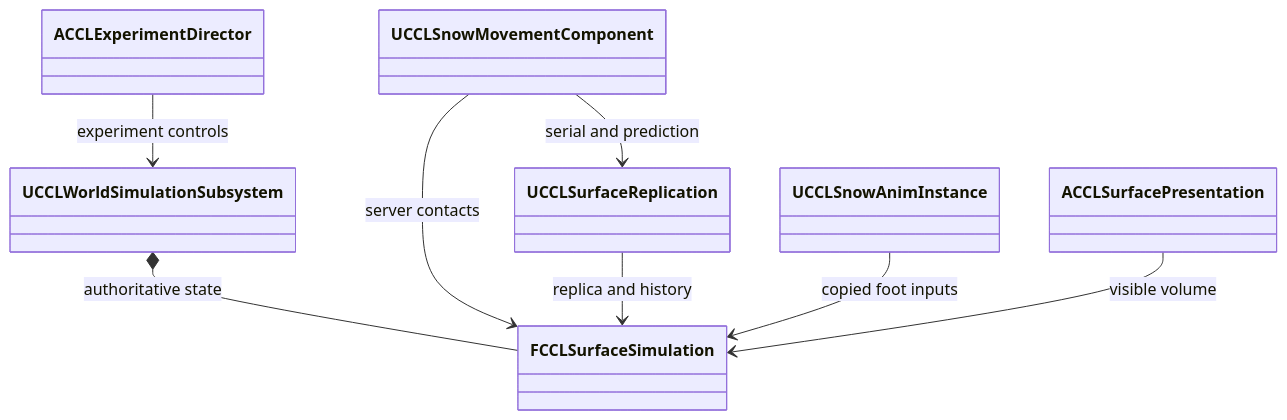
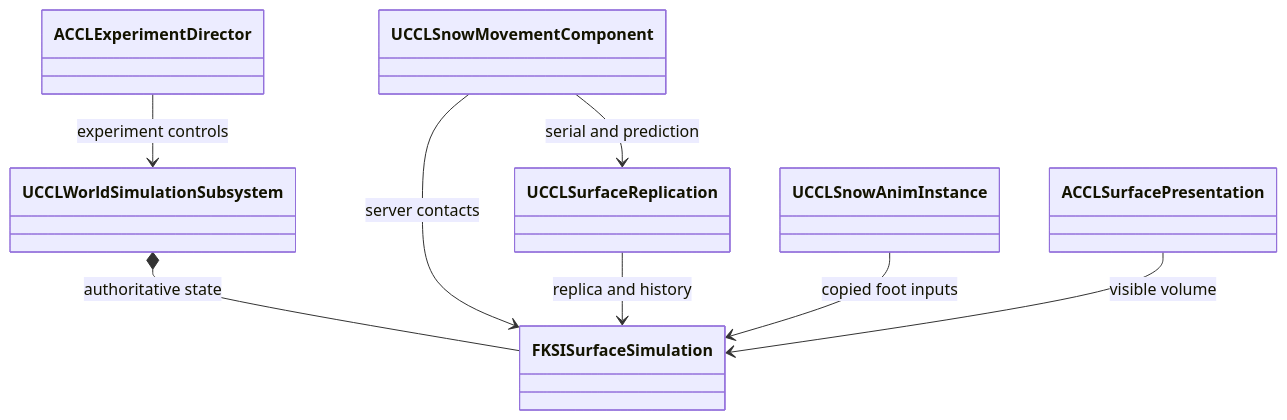
One commit to kang-sihwon/ccl8 changed the diagram in Docs/EnvironmentSnow.md. Above: the diagram before and after it, drawn with Mermaid. The commit also changed other lines of this file and 5 other files, not shown here.

````diff
--- a/Docs/EnvironmentSnow.md
+++ b/Docs/EnvironmentSnow.md
@@ -18,10 +18,10 @@
 ```mermaid
 classDiagram
-    UCCLWorldSimulationSubsystem *-- FCCLSurfaceSimulation : authoritative state
-    UCCLSnowMovementComponent --> FCCLSurfaceSimulation : server contacts
+    UCCLWorldSimulationSubsystem *-- FKSISurfaceSimulation : authoritative state
+    UCCLSnowMovementComponent --> FKSISurfaceSimulation : server contacts
     UCCLSnowMovementComponent --> UCCLSurfaceReplication : serial and prediction
-    UCCLSurfaceReplication --> FCCLSurfaceSimulation : replica and history
-    UCCLSnowAnimInstance --> FCCLSurfaceSimulation : copied foot inputs
-    ACCLSurfacePresentation --> FCCLSurfaceSimulation : visible volume
+    UCCLSurfaceReplication --> FKSISurfaceSimulation : replica and history
+    UCCLSnowAnimInstance --> FKSISurfaceSimulation : copied foot inputs
+    ACCLSurfacePresentation --> FKSISurfaceSimulation : visible volume
     ACCLExperimentDirector --> UCCLWorldSimulationSubsystem : experiment controls
 ```
````
